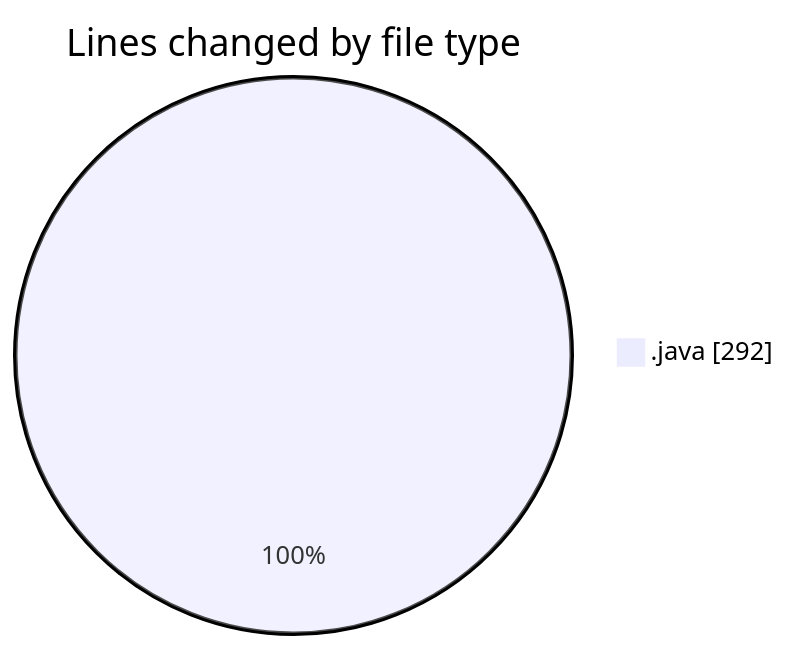
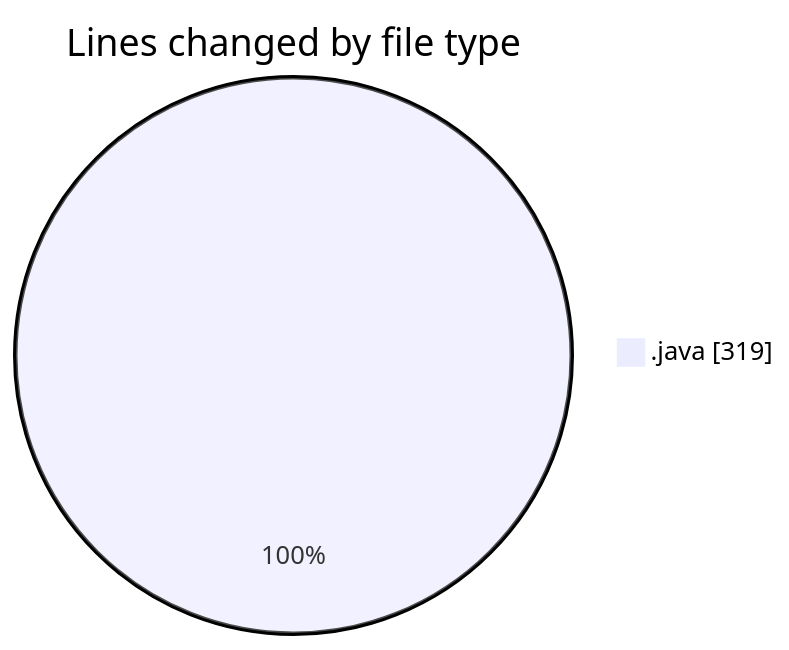
One commit to hasnaa123/code-tracking changed the first of 2 diagrams in 2026-10-25/taskforge/README.md. Above: the diagram before and after it, drawn with Mermaid. The commit also changed other lines of this file and 1 other file, not shown here.

````diff
--- a/2026-10-25/taskforge/README.md
+++ b/2026-10-25/taskforge/README.md
@@ -23,5 +23,5 @@
 ```mermaid
 pie showData
 title Lines changed by file type
-".java" : 292
+".java" : 319
 ```
````
